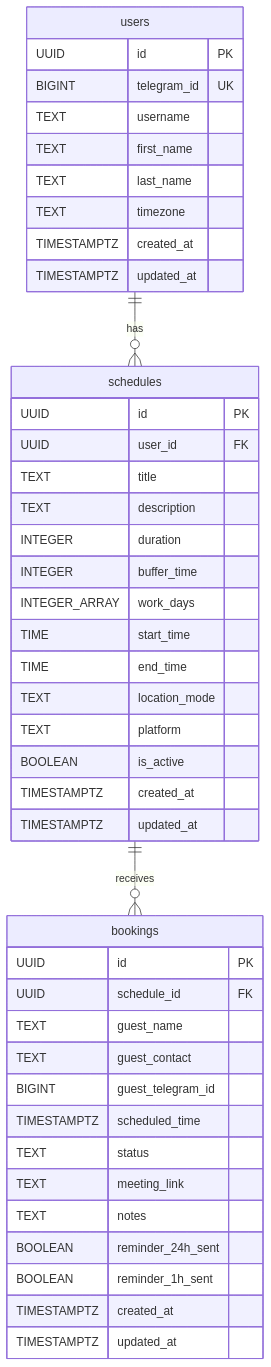
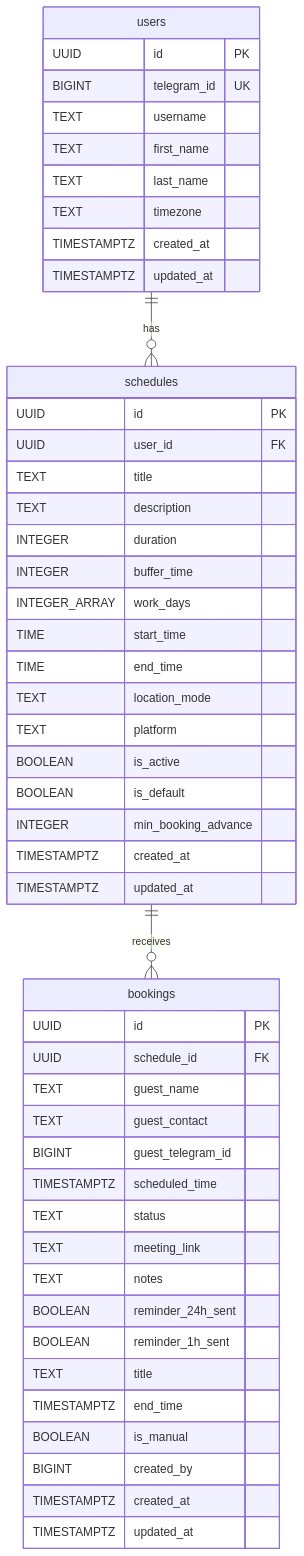
The fourth of 7 diagrams in docs/ARCHITECTURE.md (iwantproger/do_vstrechi), drawn with Mermaid before and after one commit. The commit also changed other lines of this file and 1 other file, not shown here.

First line of the commit message:
docs: обновить ARCHITECTURE.md и MODULES.md под модульную структуру

````diff
--- a/docs/ARCHITECTURE.md
+++ b/docs/ARCHITECTURE.md
@@ -174,49 +188,55 @@
 ```mermaid
 erDiagram
     users ||--o{ schedules : "has"
     schedules ||--o{ bookings : "receives"
 
     users {
         UUID id PK
         BIGINT telegram_id UK
         TEXT username
         TEXT first_name
         TEXT last_name
         TEXT timezone
         TIMESTAMPTZ created_at
         TIMESTAMPTZ updated_at
     }
 
     schedules {
         UUID id PK
         UUID user_id FK
         TEXT title
         TEXT description
         INTEGER duration
         INTEGER buffer_time
         INTEGER_ARRAY work_days
         TIME start_time
         TIME end_time
         TEXT location_mode
         TEXT platform
         BOOLEAN is_active
+        BOOLEAN is_default
+        INTEGER min_booking_advance
         TIMESTAMPTZ created_at
         TIMESTAMPTZ updated_at
     }
 
     bookings {
         UUID id PK
         UUID schedule_id FK
         TEXT guest_name
         TEXT guest_contact
         BIGINT guest_telegram_id
         TIMESTAMPTZ scheduled_time
         TEXT status
         TEXT meeting_link
         TEXT notes
         BOOLEAN reminder_24h_sent
         BOOLEAN reminder_1h_sent
+        TEXT title
+        TIMESTAMPTZ end_time
+        BOOLEAN is_manual
+        BIGINT created_by
         TIMESTAMPTZ created_at
         TIMESTAMPTZ updated_at
     }
 ```
````
